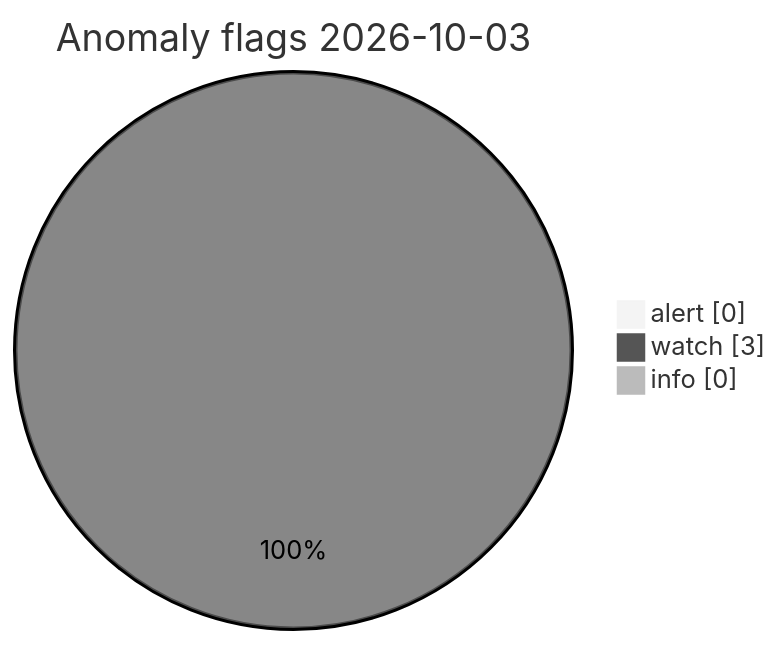
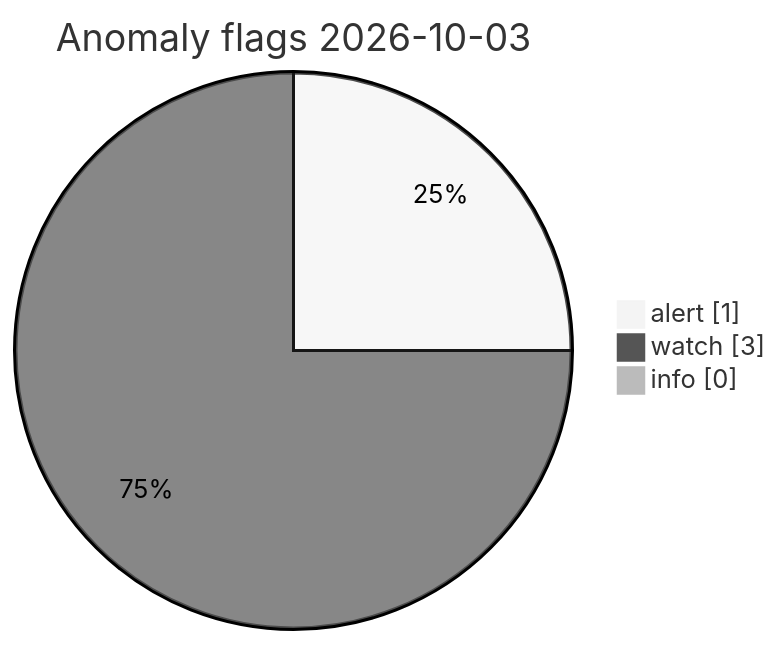
One commit to Midwest-Stratospheric/Unified-Open-Global-Weather changed the diagram in visuals/2026-10-03/CHARTS.md. Above: the diagram before and after it, drawn with Mermaid (neutral theme). The commit also changed other lines of this file and 13 other files, not shown here.

Commit message:
data(visuals): automated charts 2026-10-03T14:23Z

````diff
--- a/visuals/2026-10-03/CHARTS.md
+++ b/visuals/2026-10-03/CHARTS.md
@@ -73,7 +73,7 @@
 ```mermaid
 pie showData
   title Anomaly flags 2026-10-03
-  "alert" : 0
+  "alert" : 1
   "watch" : 3
   "info" : 0
 ```
````
